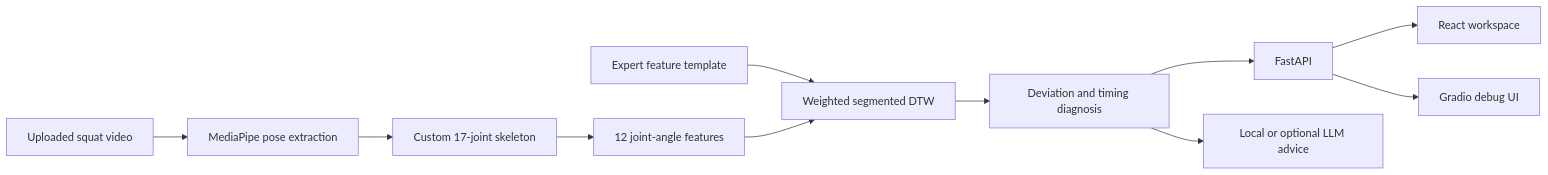
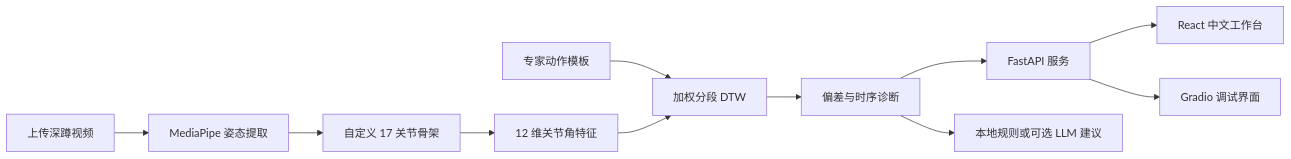
Before and after one commit to kxmzyc/movescope: the diagram in README.md, drawn with Mermaid. The commit also changed other lines of this file and 37 other files, not shown here.

````diff
--- a/README.md
+++ b/README.md
@@ -28,13 +28,13 @@
 ```mermaid
 flowchart LR
-    A["Uploaded squat video"] --> B["MediaPipe pose extraction"]
-    B --> C["Custom 17-joint skeleton"]
-    C --> D["12 joint-angle features"]
-    E["Expert feature template"] --> F["Weighted segmented DTW"]
+    A["上传深蹲视频"] --> B["MediaPipe 姿态提取"]
+    B --> C["自定义 17 关节骨架"]
+    C --> D["12 维关节角特征"]
+    E["专家动作模板"] --> F["加权分段 DTW"]
     D --> F
-    F --> G["Deviation and timing diagnosis"]
-    G --> H["FastAPI"]
-    H --> I["React workspace"]
-    H --> J["Gradio debug UI"]
-    G --> K["Local or optional LLM advice"]
+    F --> G["偏差与时序诊断"]
+    G --> H["FastAPI 服务"]
+    H --> I["React 中文工作台"]
+    H --> J["Gradio 调试界面"]
+    G --> K["本地规则或可选 LLM 建议"]
 ```
````
